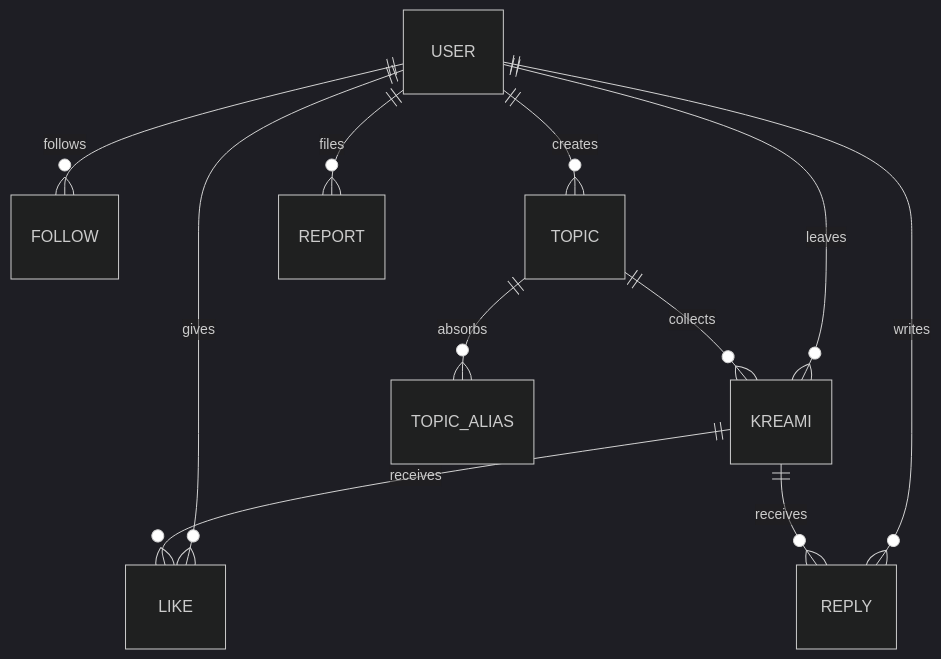
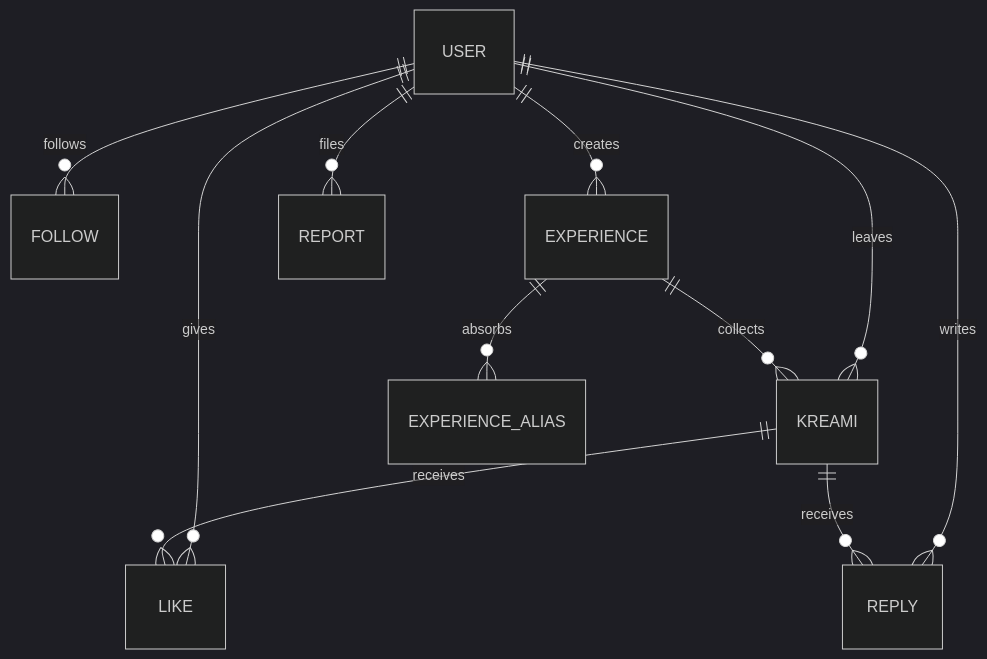
The first of 2 diagrams in docs/02-domain-model.md (FlockCS/kreami), drawn with Mermaid (dark theme) before and after one commit. The commit also changed other lines of this file and 16 other files, not shown here.

````diff
--- a/docs/02-domain-model.md
+++ b/docs/02-domain-model.md
@@ -8,13 +8,13 @@
 ```mermaid
 erDiagram
     USER ||--o{ KREAMI : "leaves"
     USER ||--o{ FOLLOW : "follows"
     USER ||--o{ LIKE : "gives"
     USER ||--o{ REPLY : "writes"
-    USER ||--o{ TOPIC : "creates"
-    TOPIC ||--o{ KREAMI : "collects"
-    TOPIC ||--o{ TOPIC_ALIAS : "absorbs"
+    USER ||--o{ EXPERIENCE : "creates"
+    EXPERIENCE ||--o{ KREAMI : "collects"
+    EXPERIENCE ||--o{ EXPERIENCE_ALIAS : "absorbs"
     KREAMI ||--o{ LIKE : "receives"
     KREAMI ||--o{ REPLY : "receives"
     USER ||--o{ REPORT : "files"
 ```
````
